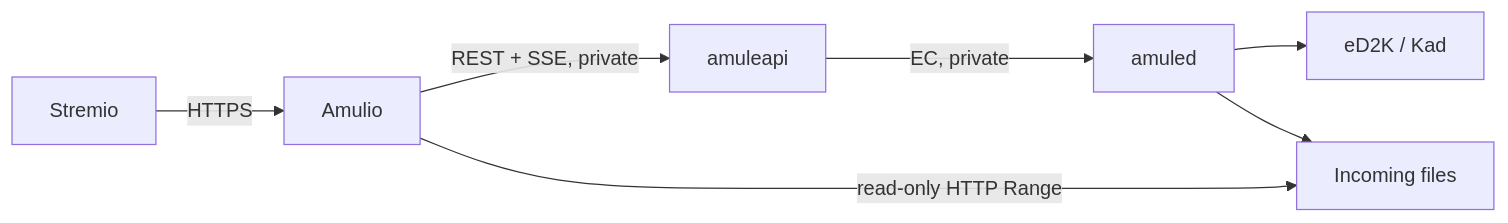
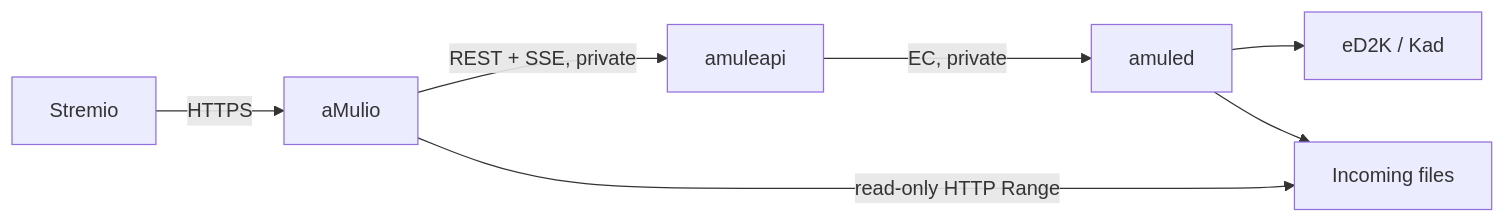
The diagram in README.md (alexruperez/amulio), drawn with Mermaid before and after one commit. The commit also changed other lines of this file and 3 other files, not shown here.

````diff
--- a/README.md
+++ b/README.md
@@ -54,9 +54,9 @@
 ```mermaid
 flowchart LR
-    S["Stremio"] -->|"HTTPS"| A["Amulio"]
+    S["Stremio"] -->|"HTTPS"| A["aMulio"]
     A -->|"REST + SSE, private"| API["amuleapi"]
     API -->|"EC, private"| D["amuled"]
     D --> N["eD2K / Kad"]
     D --> V["Incoming files"]
     A -->|"read-only HTTP Range"| V
 ```
````
